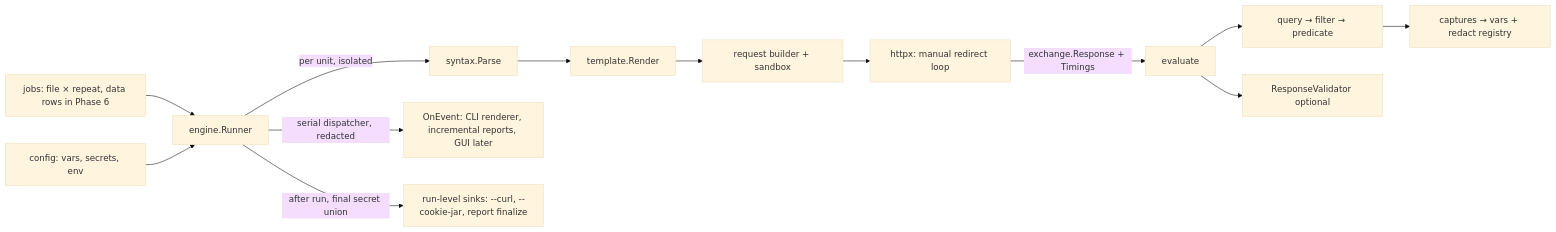
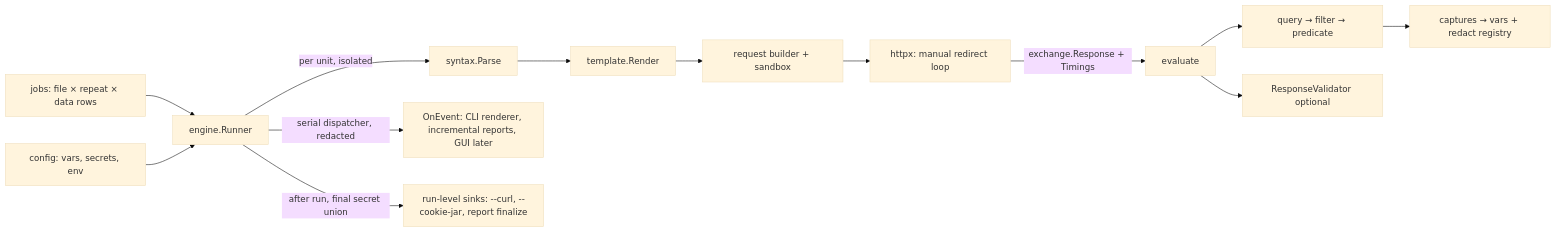
One commit to nhtera/Sonde changed the diagram in docs/architecture.md. Above: the diagram before and after it, drawn with Mermaid (base theme). The commit also changed other lines of this file and 11 other files, not shown here.

````diff
--- a/docs/architecture.md
+++ b/docs/architecture.md
@@ -65,15 +66,15 @@
 ```mermaid
 flowchart LR
-  S[jobs: file × repeat, data rows in Phase 6] --> RU[engine.Runner]
+  S[jobs: file × repeat × data rows] --> RU[engine.Runner]
   C[config: vars, secrets, env] --> RU
   RU -->|per unit, isolated| P[syntax.Parse]
   P --> T[template.Render]
   T --> B[request builder + sandbox]
   B --> H[httpx: manual redirect loop]
   H -->|exchange.Response + Timings| E[evaluate]
   E --> Q[query → filter → predicate]
   E --> V[ResponseValidator optional]
   Q --> K[captures → vars + redact registry]
   RU -->|serial dispatcher, redacted| O[OnEvent: CLI renderer, incremental reports, GUI later]
   RU -->|after run, final secret union| X[run-level sinks: --curl, --cookie-jar, report finalize]
 ```
````
